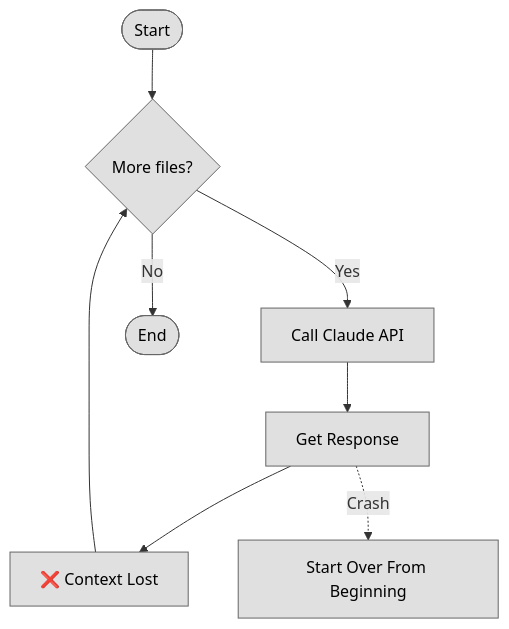
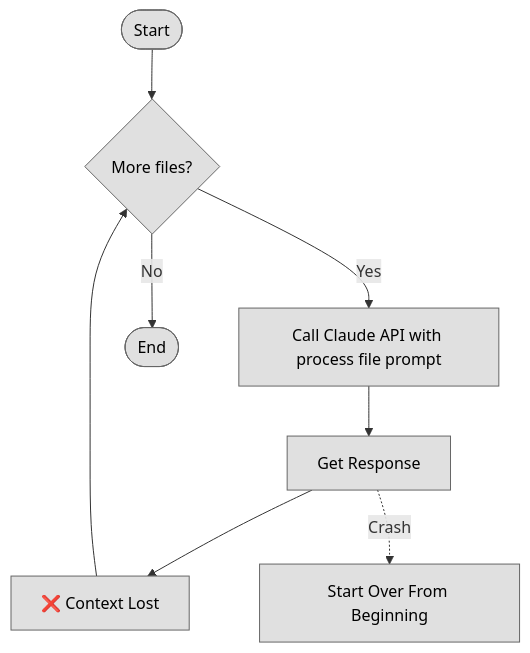
The first of 7 diagrams in README.md (LadislavSopko/cvm), drawn with Mermaid before and after one commit. The commit also changed other lines of this file and 42 other files, not shown here.

````diff
--- a/README.md
+++ b/README.md
@@ -11,15 +11,15 @@
 ```mermaid
 flowchart TD
     Start([Start]) --> Loop{More files?}
-    Loop -->|Yes| Call[Call Claude API]
+    Loop -->|Yes| Call[Call Claude API with process file prompt]
     Call --> Response[Get Response]
     Response --> Lost[❌ Context Lost]
     Lost --> Loop
     Loop -->|No| End([End])
     
     Response -.->|Crash| Restart[Start Over From Beginning]
     
     classDef script fill:#e0e0e0,stroke:#666,color:#000
     
     class Start,Loop,Call,Response,Lost,End,Restart script
 ```
````
